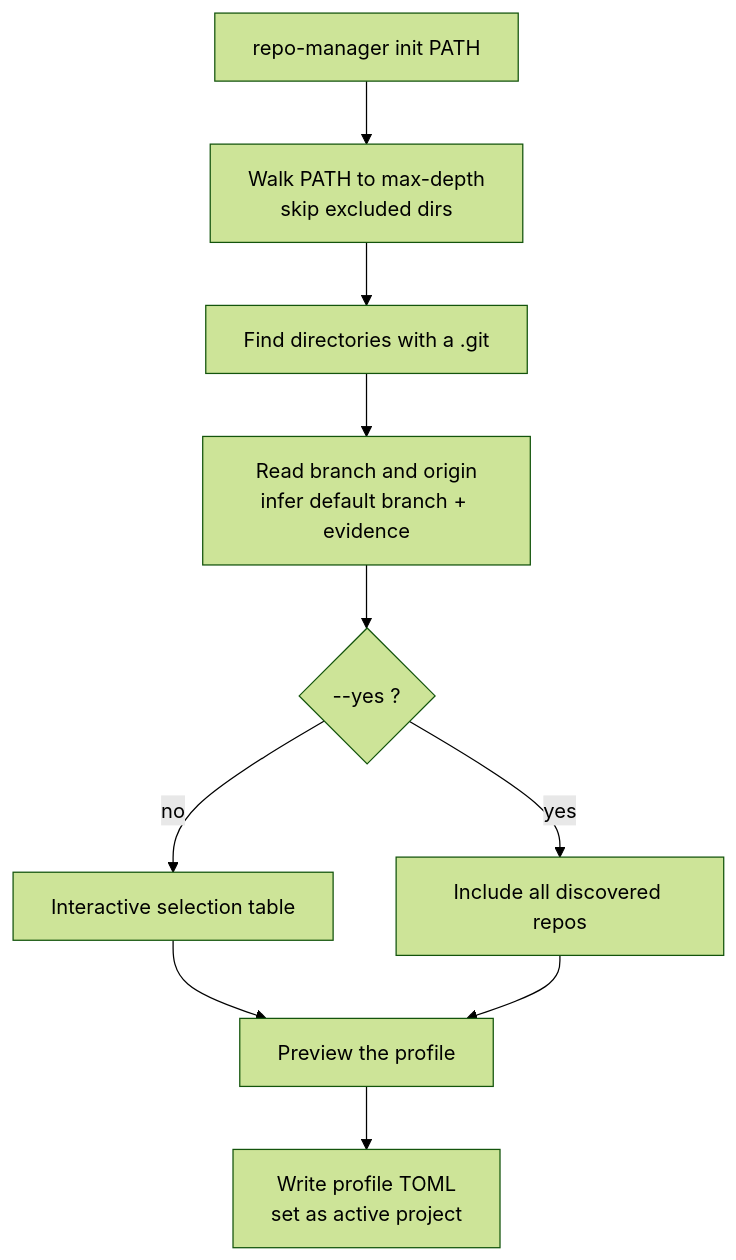
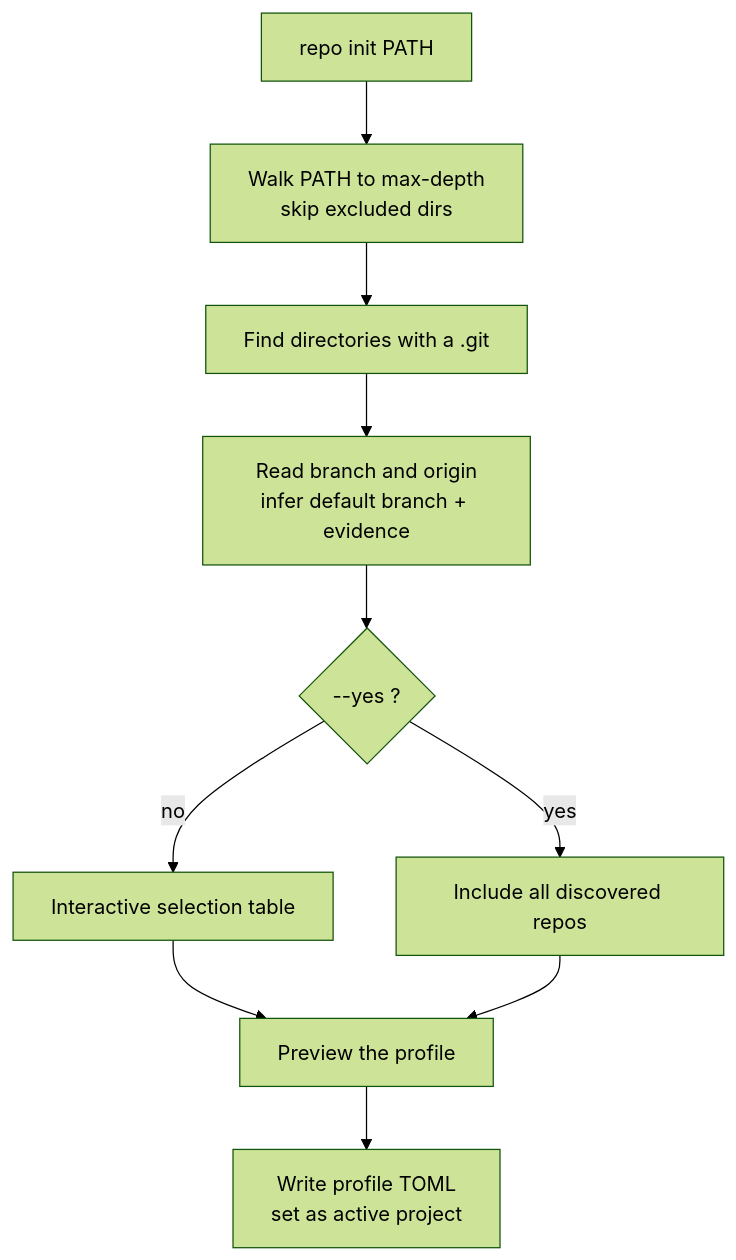
The diagram in docs/reference/init.md (thetechdabbler/repo-manager), drawn with Mermaid (forest theme) before and after one commit. The commit also changed other lines of this file and 44 other files, not shown here.

````diff
--- a/docs/reference/init.md
+++ b/docs/reference/init.md
@@ -19,12 +19,12 @@
 ```mermaid
 flowchart TD
-  A["repo-manager init PATH"] --> B["Walk PATH to max-depth<br/>skip excluded dirs"]
+  A["repo init PATH"] --> B["Walk PATH to max-depth<br/>skip excluded dirs"]
   B --> C["Find directories with a .git"]
   C --> D["Read branch and origin<br/>infer default branch + evidence"]
   D --> E{"--yes ?"}
   E -- "yes" --> G["Include all discovered repos"]
   E -- "no" --> F["Interactive selection table"]
   F --> H["Preview the profile"]
   G --> H
   H --> I["Write profile TOML<br/>set as active project"]
 ```
````
